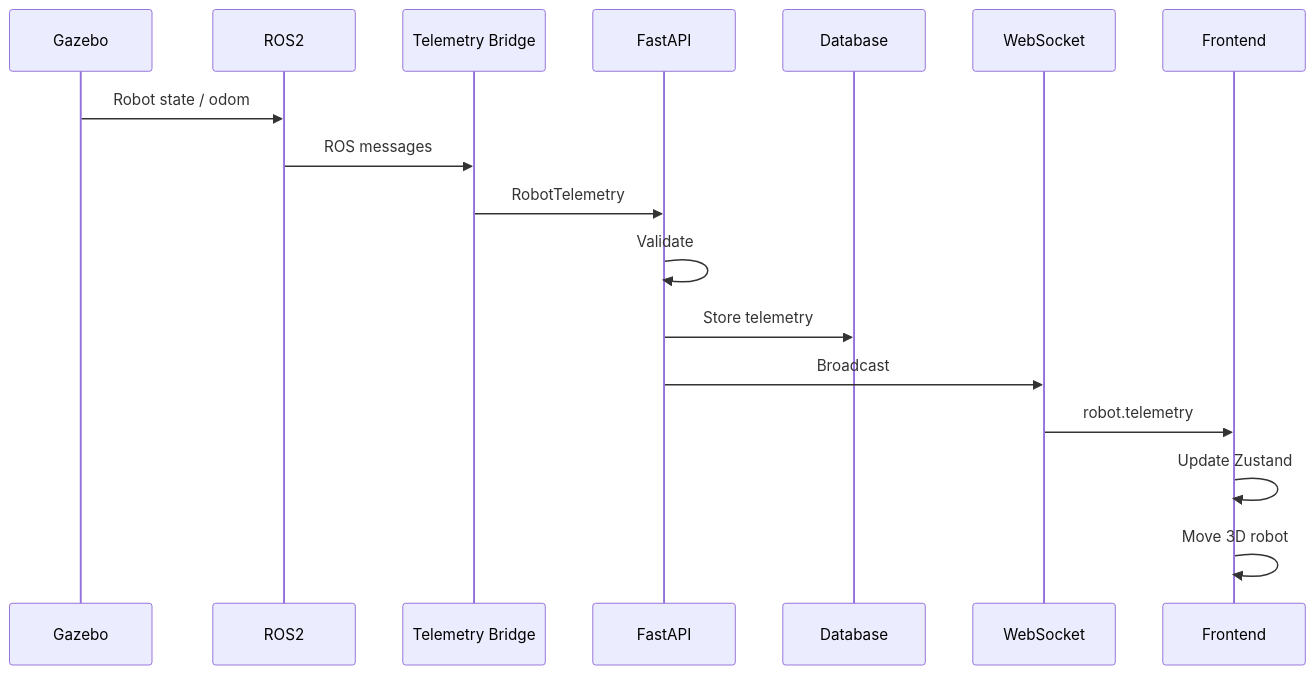
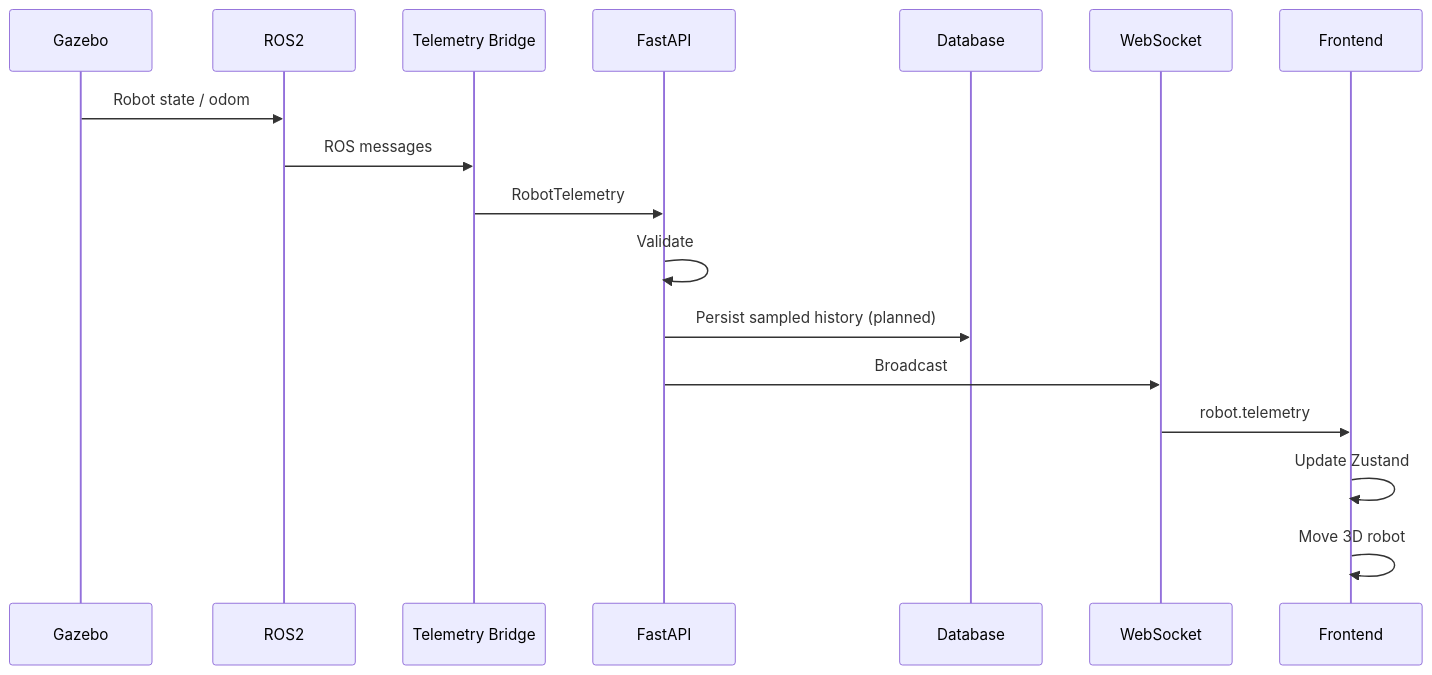
Before and after one commit to HoangTuBangGia/EV-Factory-Twin: the sixth of 14 diagrams in docs/architecture.md, drawn with Mermaid. The commit also changed other lines of this file and 25 other files, not shown here.

````diff
--- a/docs/architecture.md
+++ b/docs/architecture.md
@@ -1147,21 +1129,21 @@
 ```mermaid
 sequenceDiagram
 
     participant G as Gazebo
     participant R as ROS2
     participant B as Telemetry Bridge
     participant A as FastAPI
     participant D as Database
     participant W as WebSocket
     participant F as Frontend
 
     G->>R: Robot state / odom
     R->>B: ROS messages
     B->>A: RobotTelemetry
     A->>A: Validate
-    A->>D: Store telemetry
+    A->>D: Persist sampled history (planned)
     A->>W: Broadcast
     W->>F: robot.telemetry
     F->>F: Update Zustand
     F->>F: Move 3D robot
 ```
````
